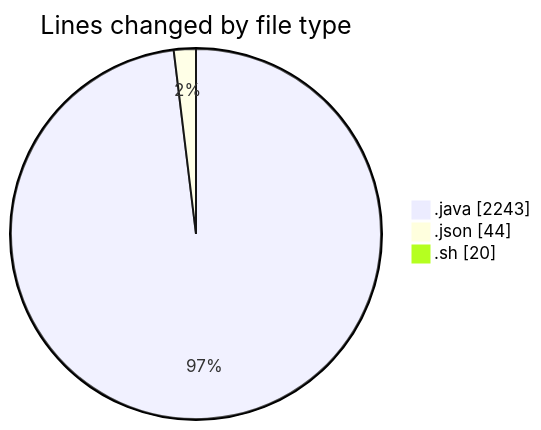
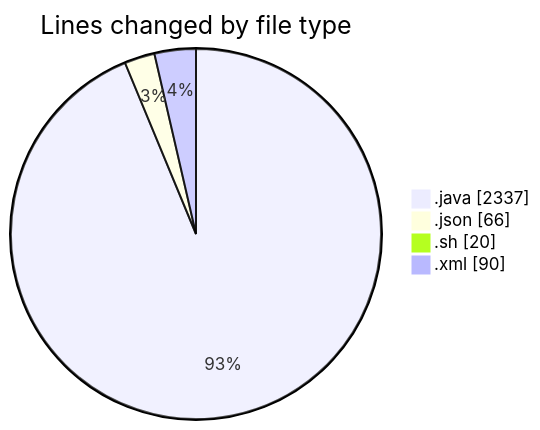
Before and after one commit to charlie-sans/code-tracking: the first of 2 diagrams in 2025-02-23/micros/README.md, drawn with Mermaid. The commit also changed other lines of this file and 1 other file, not shown here.

````diff
--- a/2025-02-23/micros/README.md
+++ b/2025-02-23/micros/README.md
@@ -35,7 +39,8 @@
 ```mermaid
 pie showData
 title Lines changed by file type
-".java" : 2243
-".json" : 44
+".java" : 2337
+".json" : 66
 ".sh" : 20
+".xml" : 90
 ```
````
